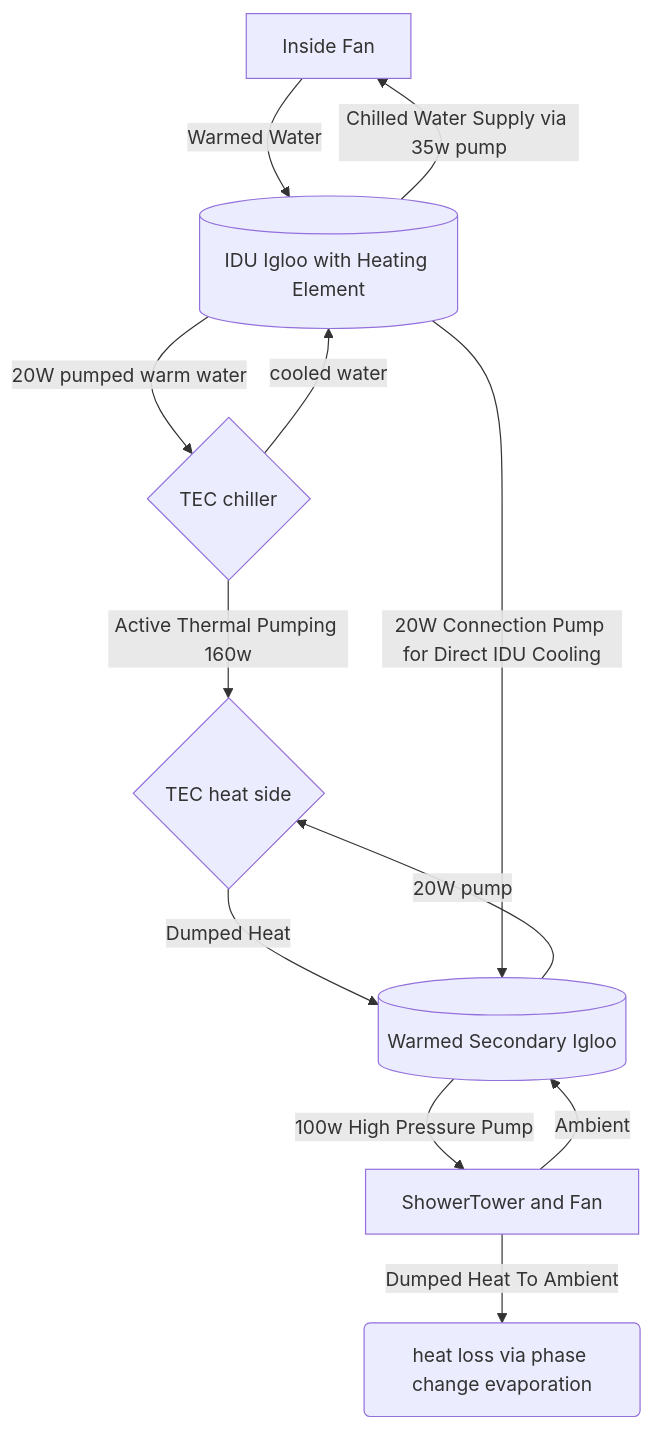
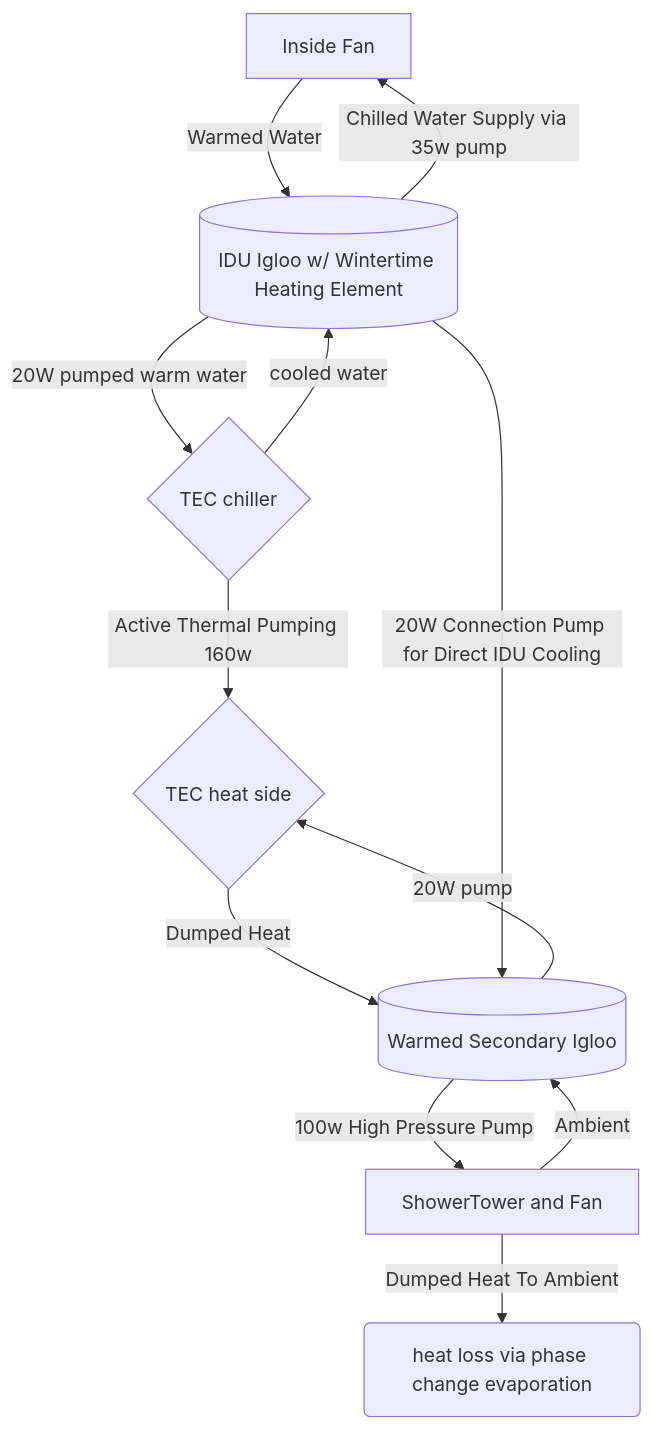
One commit to ericdmoore/casitaAzul changed the diagram in src/cooling/readme.md. Above: the diagram before and after it, drawn with Mermaid.

Commit message:
diagram updates.14

````diff
--- a/src/cooling/readme.md
+++ b/src/cooling/readme.md
@@ -36,15 +36,15 @@
 ```mermaid
 flowchart TD
-   IDU[Inside Fan] -->|Warmed Water| IDUtub[(IDU Igloo with Heating Element)]
+   IDU[Inside Fan] -->|Warmed Water| IDUtub[(IDU Igloo w/ Wintertime Heating Element)]
    IDUtub -->|Chilled Water Supply via 35w pump| IDU
    IDUtub -->|20W pumped warm water | TECcold{TEC chiller}
    TECcold --> |cooled water| IDUtub
    TECcold --> |Active Thermal Pumping 160w| TEChot{TEC heat side}
    ODUtub[(Warmed Secondary Igloo)] -->|20W pump| TEChot
    TEChot -->|Dumped Heat| ODUtub
    ODUtub --> |100w High Pressure Pump| ShowerTower[ShowerTower and Fan]
    ShowerTower --> |Ambient| ODUtub
    ShowerTower --> |Dumped Heat To Ambient| air(heat loss via phase change evaporation)
 
    IDUtub -->|20W Connection Pump for Direct IDU Cooling| ODUtub
 ```
````
